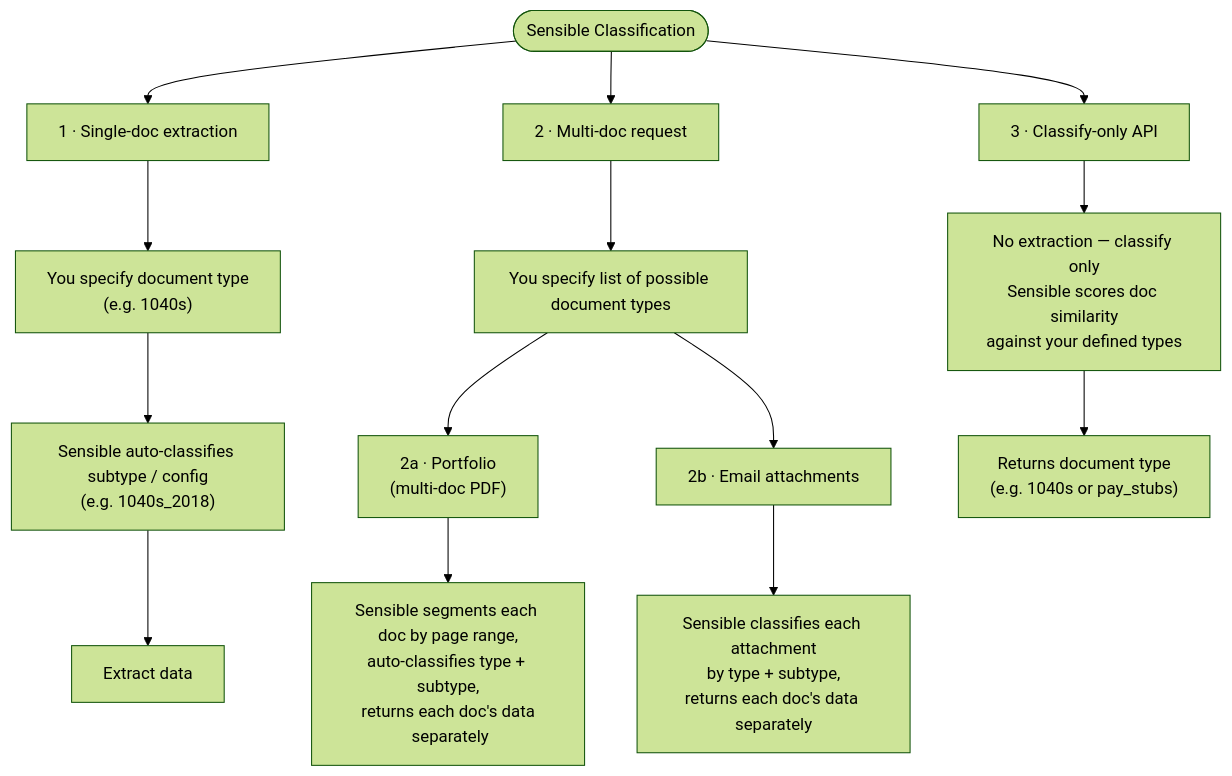
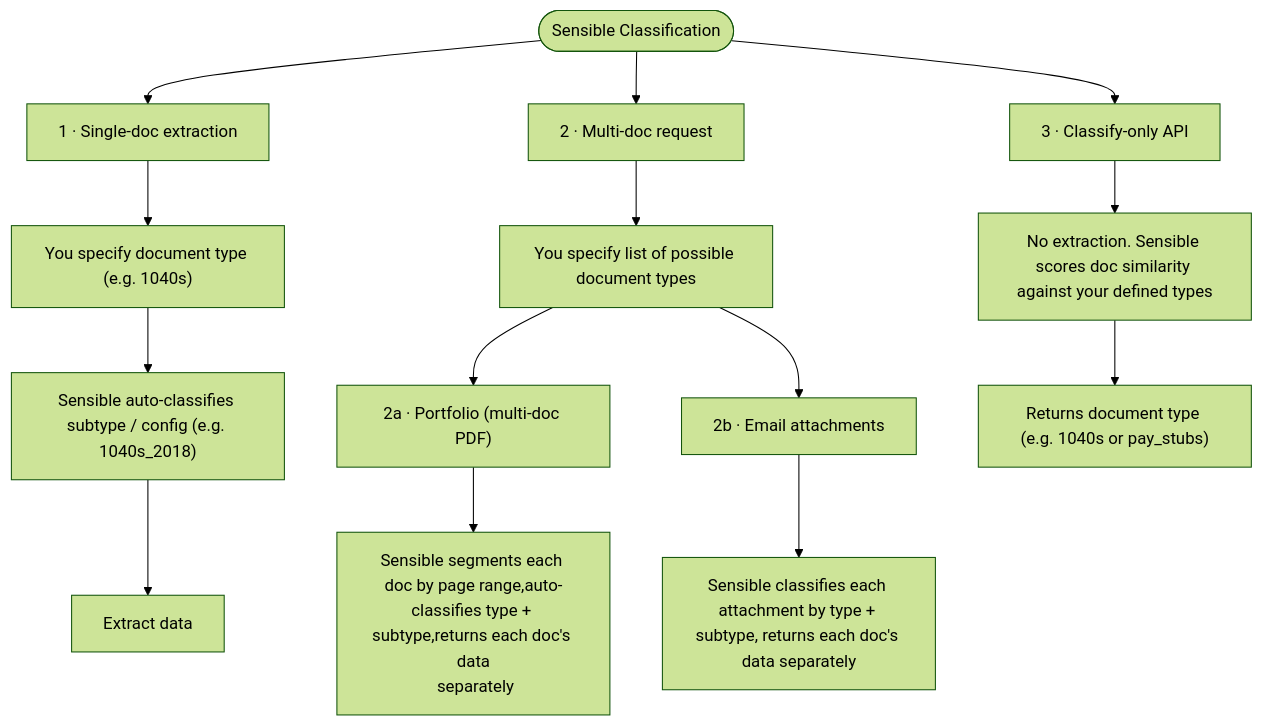
The diagram in docs/document type classification/classify.md (sensible-hq/sensible-docs), drawn with Mermaid (forest theme) before and after one commit.

Commit message:
Update doc `classify`

````diff
--- a/docs/document type classification/classify.md
+++ b/docs/document type classification/classify.md
@@ -27,20 +27,20 @@
 ```mermaid
  flowchart TD
       A([Sensible Classification]) --> B["1 · Single-doc extraction"]
       A --> C["2 · Multi-doc request"]
       A --> D["3 · Classify-only API"]
 
-      B --> B1["You specify document type\n(e.g. 1040s)"]
-      B1 --> B2["Sensible auto-classifies subtype / config\n(e.g. 1040s_2018)"]
+      B --> B1["You specify document type (e.g. 1040s)"]
+      B1 --> B2["Sensible auto-classifies subtype / config (e.g. 1040s_2018)"]
       B2 --> B3[Extract data]
 
       C --> C1["You specify list of possible document types"]
-      C1 --> C2["2a · Portfolio\n(multi-doc PDF)"]
+      C1 --> C2["2a · Portfolio (multi-doc PDF)"]
       C1 --> C3["2b · Email attachments"]
-      C2 --> C2a["Sensible segments each doc by page range,\nauto-classifies type + subtype,\nreturns each doc's data
+      C2 --> C2a["Sensible segments each doc by page range,auto-classifies type + subtype,returns each doc's data
   separately"]
-      C3 --> C3a["Sensible classifies each attachment\nby type + subtype,\nreturns each doc's data separately"]
+      C3 --> C3a["Sensible classifies each attachment by type + subtype, returns each doc's data separately"]
 
-      D --> D1["No extraction — classify only\nSensible scores doc similarity\nagainst your defined types"]
-      D1 --> D2["Returns document type\n(e.g. 1040s or pay_stubs)"]
+      D --> D1["No extraction. Sensible scores doc similarity against your defined types"]
+      D1 --> D2["Returns document type (e.g. 1040s or pay_stubs)"]
 ```
````
